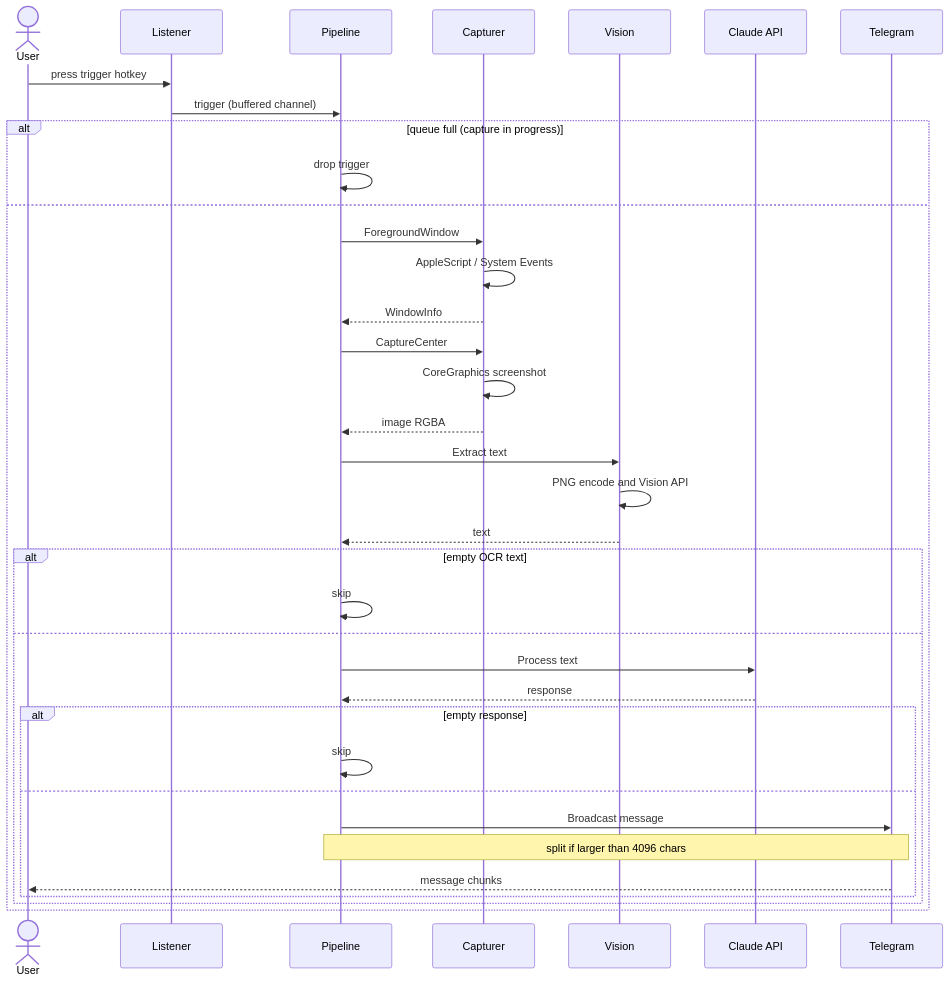
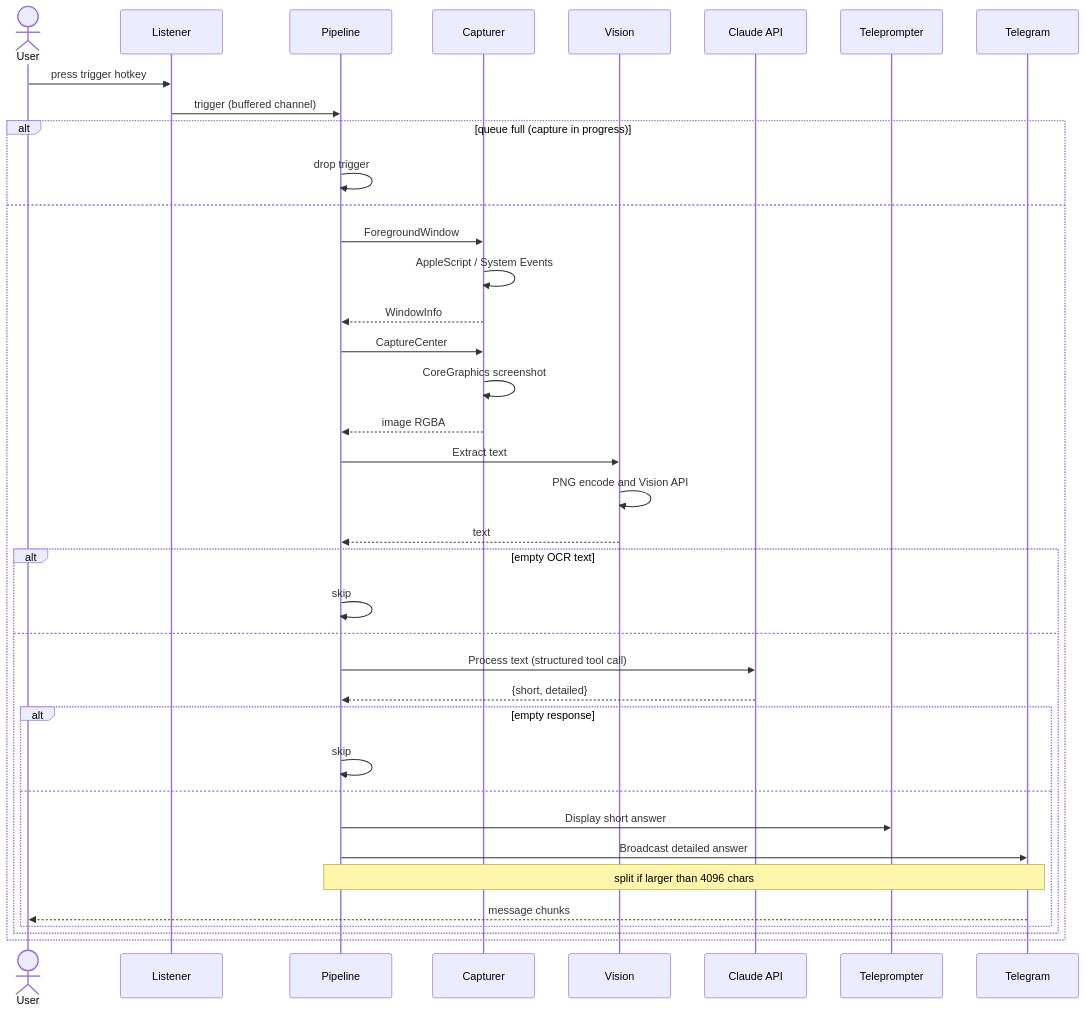
Before and after one commit to vdyalex/lens-daemon: the second of 3 diagrams in docs/ARCHITECTURE.md, drawn with Mermaid. The commit also changed other lines of this file and 36 other files, not shown here.

First line of the commit message:
feat(teleprompter): add stealth overlay with structured AI responses and optional Telegram (#14)

````diff
--- a/docs/ARCHITECTURE.md
+++ b/docs/ARCHITECTURE.md
@@ -128,44 +133,46 @@
 ```mermaid
 sequenceDiagram
     actor User
     participant Listener
     participant Pipeline
     participant Capturer
     participant Vision
     participant Claude as Claude API
+    participant Teleprompter
     participant Telegram
 
     User->>Listener: press trigger hotkey
     Listener->>Pipeline: trigger (buffered channel)
 
     alt queue full (capture in progress)
         Pipeline->>Pipeline: drop trigger
     else
         Pipeline->>Capturer: ForegroundWindow
         Capturer->>Capturer: AppleScript / System Events
         Capturer-->>Pipeline: WindowInfo
 
         Pipeline->>Capturer: CaptureCenter
         Capturer->>Capturer: CoreGraphics screenshot
         Capturer-->>Pipeline: image RGBA
 
         Pipeline->>Vision: Extract text
         Vision->>Vision: PNG encode and Vision API
         Vision-->>Pipeline: text
 
         alt empty OCR text
             Pipeline->>Pipeline: skip
         else
-            Pipeline->>Claude: Process text
-            Claude-->>Pipeline: response
+            Pipeline->>Claude: Process text (structured tool call)
+            Claude-->>Pipeline: {short, detailed}
 
             alt empty response
                 Pipeline->>Pipeline: skip
             else
-                Pipeline->>Telegram: Broadcast message
+                Pipeline->>Teleprompter: Display short answer
+                Pipeline->>Telegram: Broadcast detailed answer
                 Note over Pipeline,Telegram: split if larger than 4096 chars
                 Telegram-->>User: message chunks
             end
         end
     end
 ```
````
